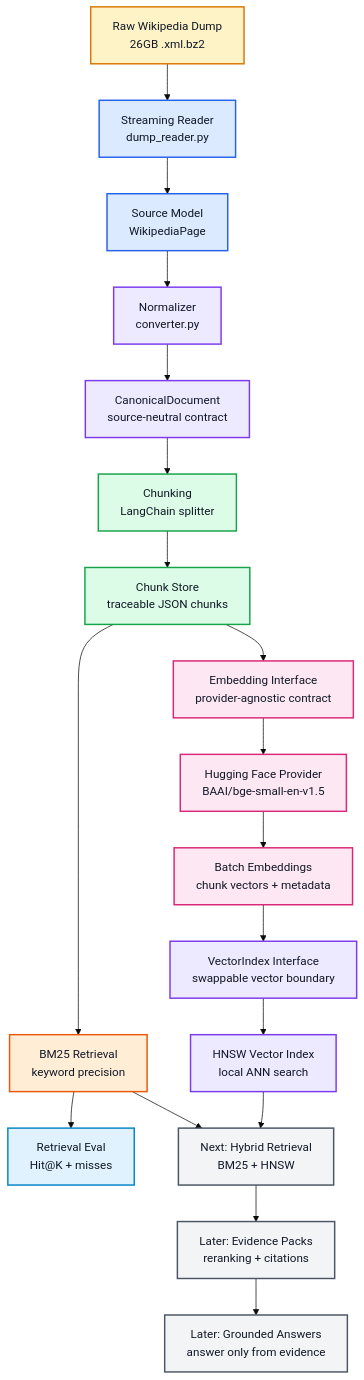
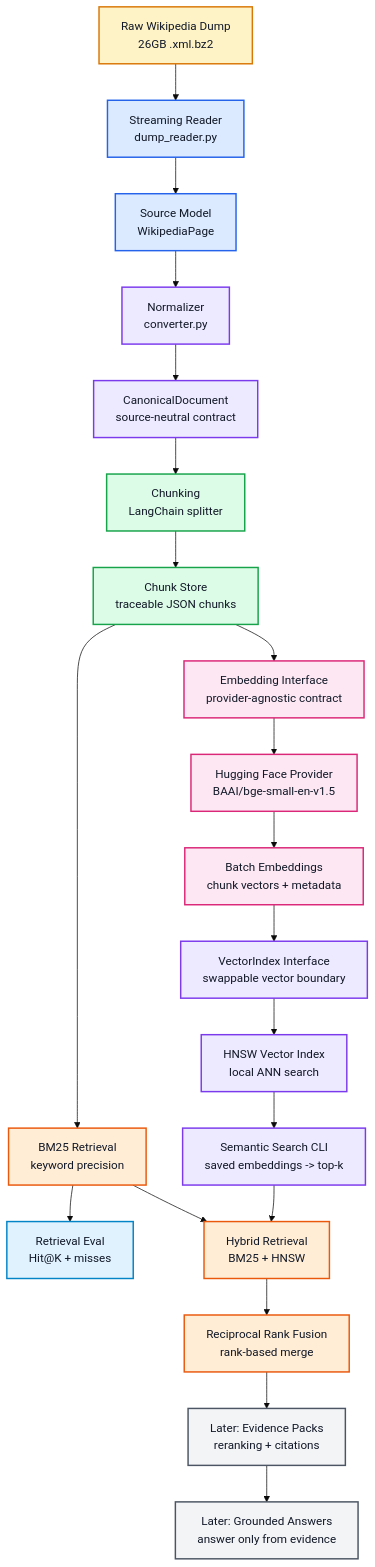
Before and after one commit to parasiitism/enterprise-rag-pipeline: the diagram in README.md, drawn with Mermaid (base theme). The commit also changed other lines of this file and 7 other files, not shown here.

Commit message:
Add hybrid retrieval with HNSW search

````diff
--- a/README.md
+++ b/README.md
@@ -148,40 +184,43 @@
 ```mermaid
 flowchart TD
     A["Raw Wikipedia Dump<br/>26GB .xml.bz2"] --> B["Streaming Reader<br/>dump_reader.py"]
     B --> C["Source Model<br/>WikipediaPage"]
     C --> D["Normalizer<br/>converter.py"]
     D --> E["CanonicalDocument<br/>source-neutral contract"]
     E --> F["Chunking<br/>LangChain splitter"]
     F --> G["Chunk Store<br/>traceable JSON chunks"]
     G --> H["BM25 Retrieval<br/>keyword precision"]
     H --> I["Retrieval Eval<br/>Hit@K + misses"]
     G --> J["Embedding Interface<br/>provider-agnostic contract"]
     J --> K["Hugging Face Provider<br/>BAAI/bge-small-en-v1.5"]
     K --> L["Batch Embeddings<br/>chunk vectors + metadata"]
     L --> P["VectorIndex Interface<br/>swappable vector boundary"]
     P --> Q["HNSW Vector Index<br/>local ANN search"]
-    H --> M["Next: Hybrid Retrieval<br/>BM25 + HNSW"]
-    Q --> M
-    M --> N["Later: Evidence Packs<br/>reranking + citations"]
+    Q --> R["Semantic Search CLI<br/>saved embeddings -> top-k"]
+    H --> M["Hybrid Retrieval<br/>BM25 + HNSW"]
+    R --> M
+    M --> S["Reciprocal Rank Fusion<br/>rank-based merge"]
+    S --> N["Later: Evidence Packs<br/>reranking + citations"]
     N --> O["Later: Grounded Answers<br/>answer only from evidence"]
 
     classDef raw fill:#FEF3C7,stroke:#D97706,color:#111827,stroke-width:2px;
     classDef ingest fill:#DBEAFE,stroke:#2563EB,color:#111827,stroke-width:2px;
     classDef normalize fill:#EDE9FE,stroke:#7C3AED,color:#111827,stroke-width:2px;
     classDef chunk fill:#DCFCE7,stroke:#16A34A,color:#111827,stroke-width:2px;
     classDef retrieval fill:#FFEDD5,stroke:#EA580C,color:#111827,stroke-width:2px;
     classDef eval fill:#E0F2FE,stroke:#0284C7,color:#111827,stroke-width:2px;
     classDef embed fill:#FCE7F3,stroke:#DB2777,color:#111827,stroke-width:2px;
     classDef vector fill:#EDE9FE,stroke:#7C3AED,color:#111827,stroke-width:2px;
     classDef later fill:#F3F4F6,stroke:#4B5563,color:#111827,stroke-width:2px;
 
     class A raw;
     class B,C ingest;
     class D,E normalize;
     class F,G chunk;
     class H retrieval;
     class I eval;
     class J,K,L embed;
-    class P,Q vector;
-    class M,N,O later;
+    class P,Q,R vector;
+    class M,S retrieval;
+    class N,O later;
 ```
````
